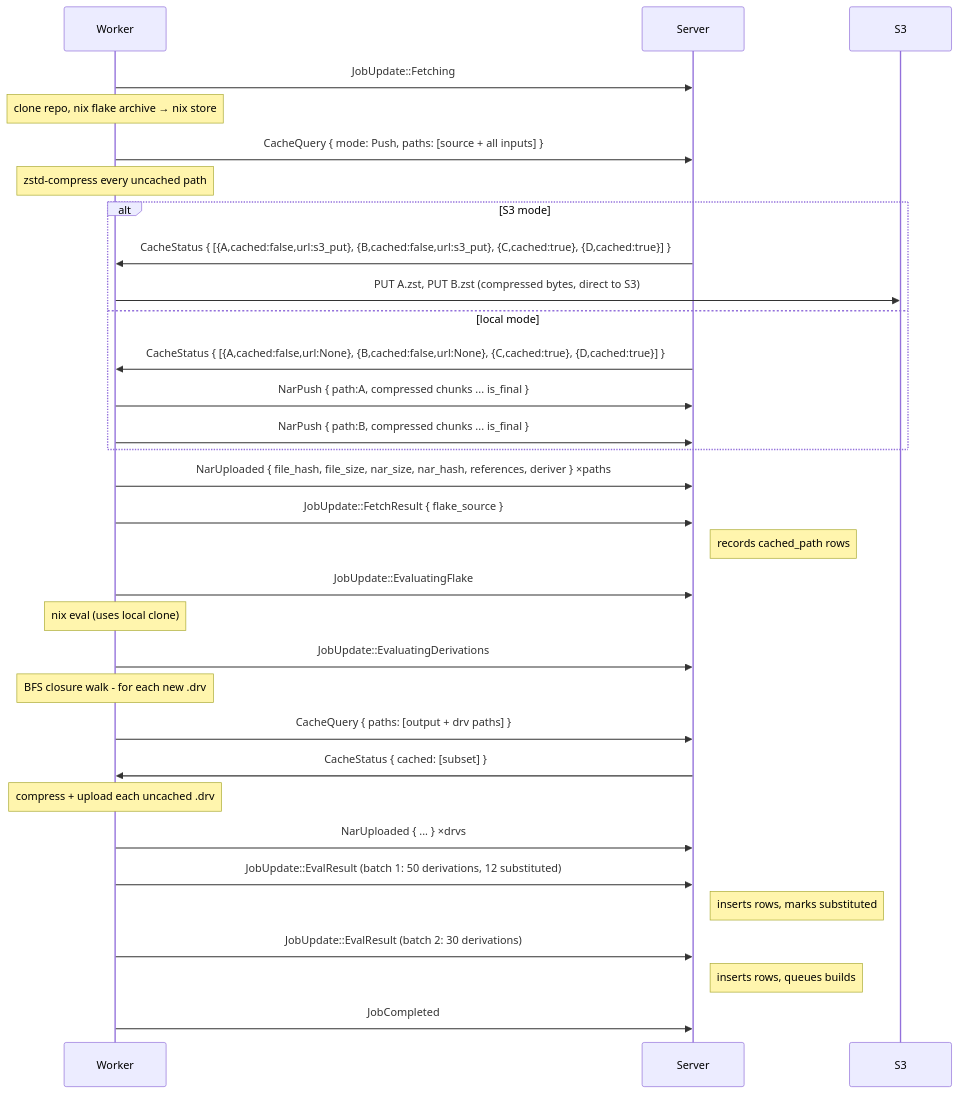
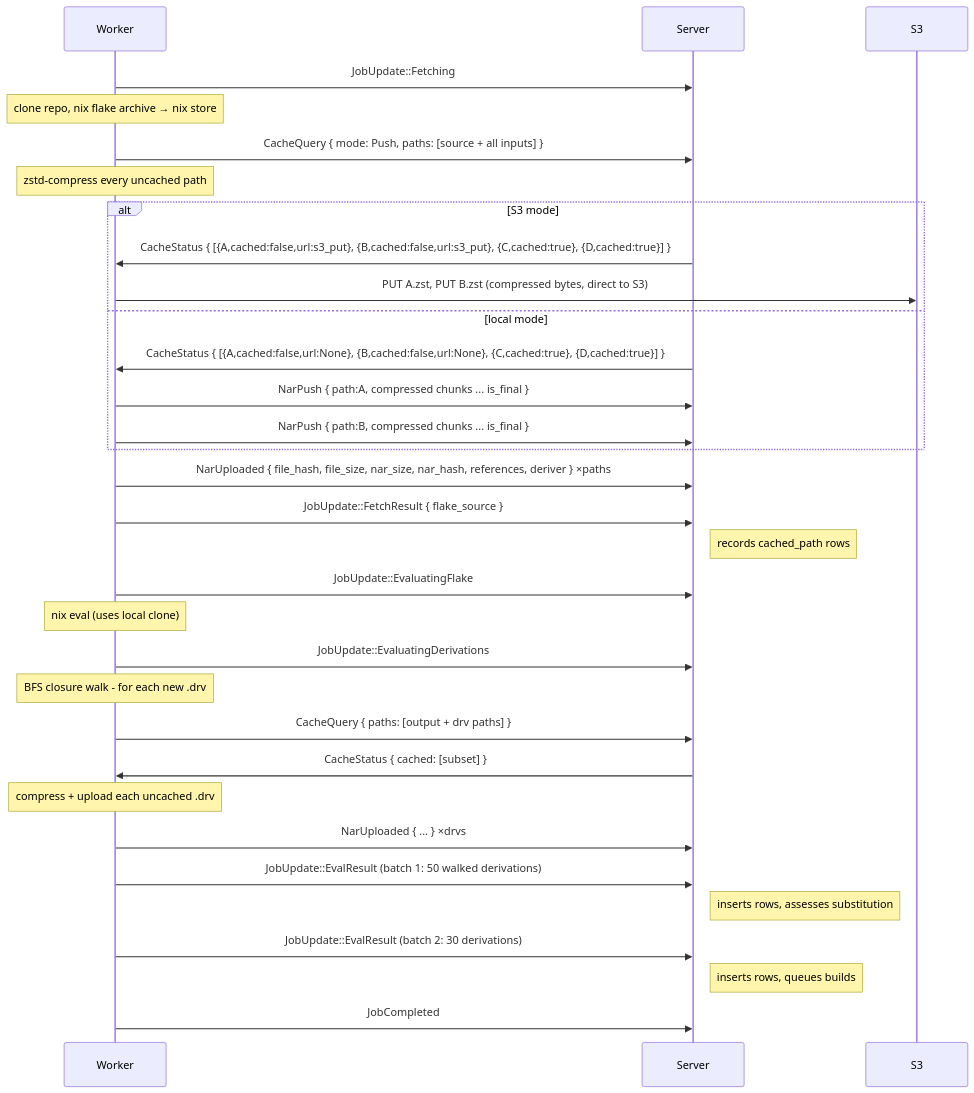
Diagram 13 of 26 in docs/src/development/proto.md (wavelens/gradient), drawn with Mermaid before and after one commit. The commit also changed other lines of this file and 4 other files, not shown here.

Commit message:
worker: refactor: report walked derivations only and let the server derive substitution

````diff
--- a/docs/src/development/proto.md
+++ b/docs/src/development/proto.md
@@ -708,34 +705,34 @@
 ```mermaid
 sequenceDiagram
     participant W as Worker
     participant S as Server
 
     W->>S: JobUpdate::Fetching
     Note over W: clone repo, nix flake archive → nix store
     W->>S: CacheQuery { mode: Push, paths: [source + all inputs] }
     Note over W: zstd-compress every uncached path
     alt S3 mode
         S->>W: CacheStatus { [{A,cached:false,url:s3_put}, {B,cached:false,url:s3_put}, {C,cached:true}, {D,cached:true}] }
         W->>S3: PUT A.zst, PUT B.zst (compressed bytes, direct to S3)
     else local mode
         S->>W: CacheStatus { [{A,cached:false,url:None}, {B,cached:false,url:None}, {C,cached:true}, {D,cached:true}] }
         W->>S: NarPush { path:A, compressed chunks ... is_final }
         W->>S: NarPush { path:B, compressed chunks ... is_final }
     end
     W->>S: NarUploaded { file_hash, file_size, nar_size, nar_hash, references, deriver } ×paths
     W->>S: JobUpdate::FetchResult { flake_source }
     Note right of S: records cached_path rows
     W->>S: JobUpdate::EvaluatingFlake
     Note over W: nix eval (uses local clone)
     W->>S: JobUpdate::EvaluatingDerivations
     Note over W: BFS closure walk - for each new .drv
     W->>S: CacheQuery { paths: [output + drv paths] }
     S->>W: CacheStatus { cached: [subset] }
     Note over W: compress + upload each uncached .drv
     W->>S: NarUploaded { ... } ×drvs
-    W->>S: JobUpdate::EvalResult (batch 1: 50 derivations, 12 substituted)
-    Note right of S: inserts rows, marks substituted
+    W->>S: JobUpdate::EvalResult (batch 1: 50 walked derivations)
+    Note right of S: inserts rows, assesses substitution
     W->>S: JobUpdate::EvalResult (batch 2: 30 derivations)
     Note right of S: inserts rows, queues builds
     W->>S: JobCompleted
 ```
````
